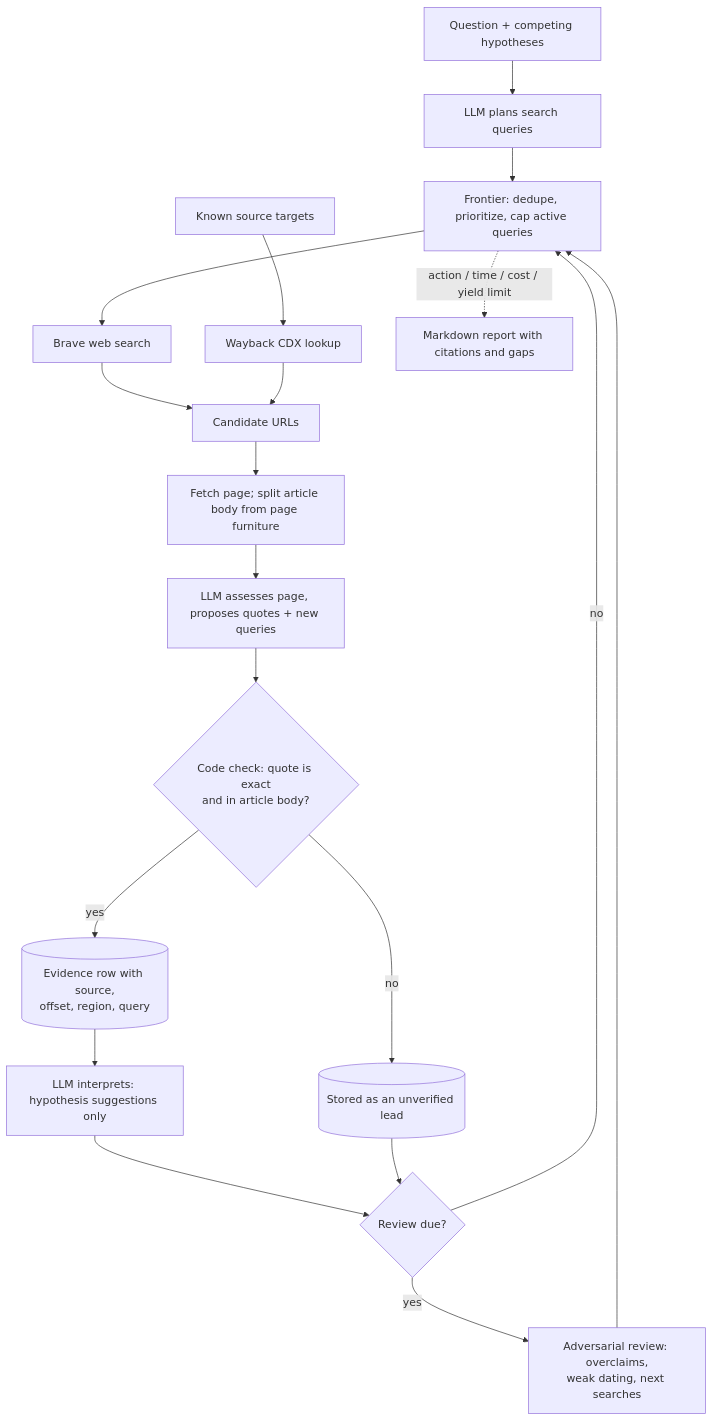
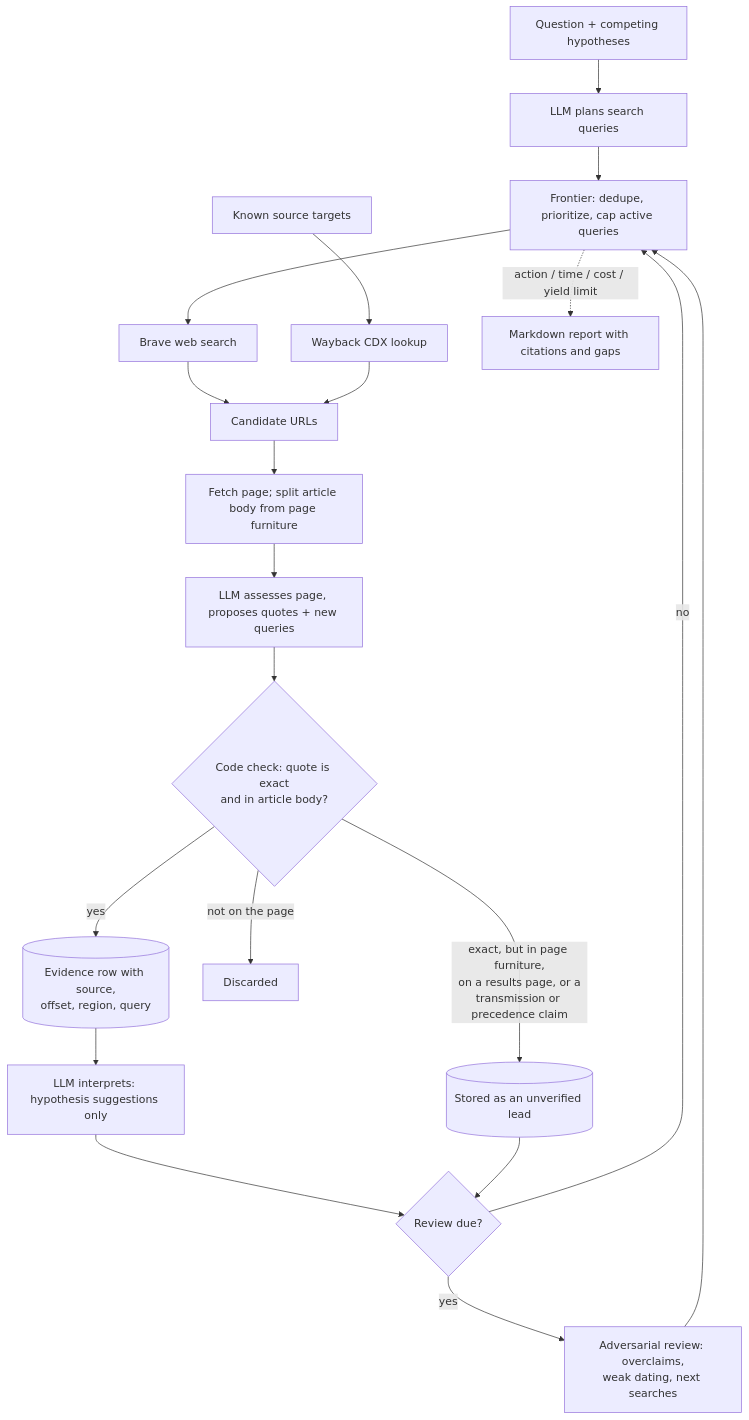
One commit to junglestyle/hypertrace changed the diagram in README.md. Above: the diagram before and after it, drawn with Mermaid. The commit also changed other lines of this file and 2 other files, not shown here.

First line of the commit message:
README: show a run end to end, with one claim traced to its page

````diff
--- a/README.md
+++ b/README.md
@@ -18,20 +81,21 @@
 ```mermaid
 flowchart TD
     Q[Question + competing hypotheses] --> P[LLM plans search queries]
     P --> F[Frontier: dedupe, prioritize, cap active queries]
     F --> S[Brave web search]
     S --> C[Candidate URLs]
     T[Known source targets] --> W[Wayback CDX lookup] --> C
     C --> X[Fetch page; split article body from page furniture]
     X --> A[LLM assesses page, proposes quotes + new queries]
     A --> V{Code check: quote is exact<br/>and in article body?}
     V -- yes --> E[(Evidence row with source,<br/>offset, region, query)]
-    V -- no --> L[(Stored as an unverified lead)]
+    V -- exact, but in page furniture,<br/>on a results page, or a<br/>transmission or precedence claim --> L[(Stored as an unverified lead)]
+    V -- not on the page --> D[Discarded]
     E --> I[LLM interprets: hypothesis suggestions only]
     I --> R{Review due?}
     L --> R
     R -- yes --> AR[Adversarial review: overclaims,<br/>weak dating, next searches]
     AR --> F
     R -- no --> F
     F -. action / time / cost / yield limit .-> RP[Markdown report with citations and gaps]
 ```
````
